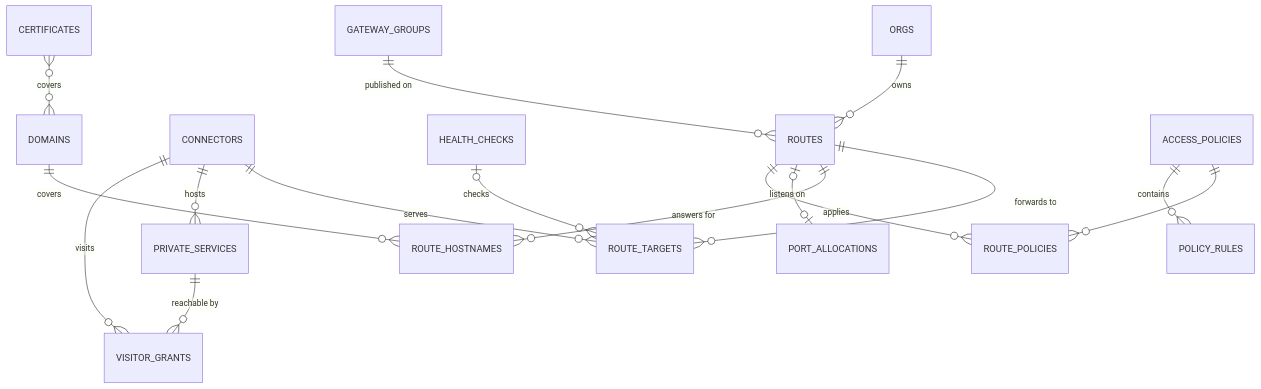
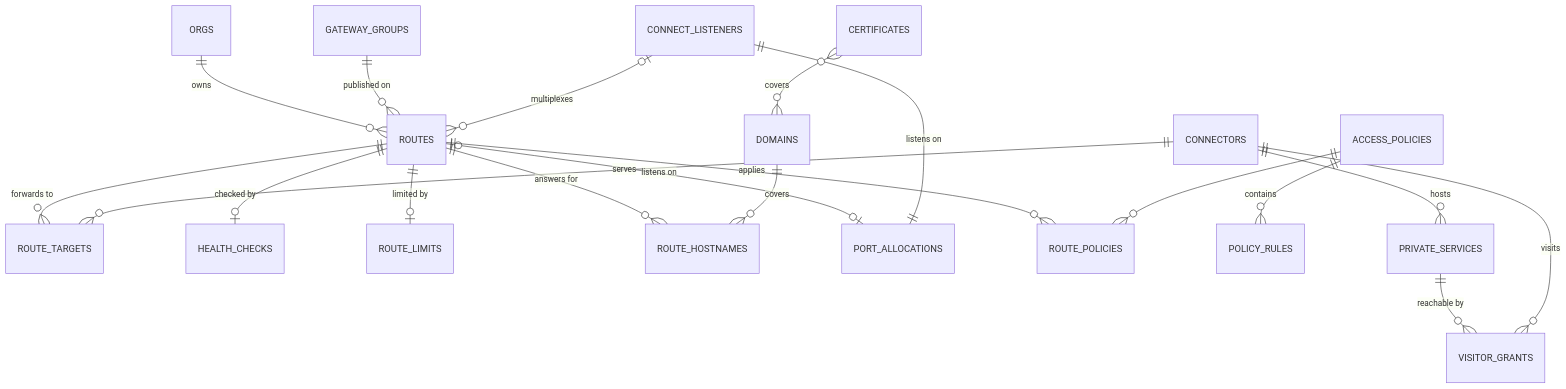
Before and after one commit to felix-homelab/rpmgr: the first of 3 diagrams in docs/06-data-model.md, drawn with Mermaid. The commit also changed other lines of this file and 10 other files, not shown here.

````diff
--- a/docs/06-data-model.md
+++ b/docs/06-data-model.md
@@ -106,18 +108,21 @@
 ```mermaid
 erDiagram
   ORGS ||--o{ ROUTES : owns
   GATEWAY_GROUPS ||--o{ ROUTES : "published on"
   ROUTES ||--o{ ROUTE_TARGETS : "forwards to"
   CONNECTORS ||--o{ ROUTE_TARGETS : serves
-  HEALTH_CHECKS |o--o{ ROUTE_TARGETS : checks
+  ROUTES ||--o| HEALTH_CHECKS : "checked by"
+  ROUTES ||--o| ROUTE_LIMITS : "limited by"
   ROUTES ||--o{ ROUTE_HOSTNAMES : "answers for"
   DOMAINS ||--o{ ROUTE_HOSTNAMES : "covers"
   ROUTES |o--o| PORT_ALLOCATIONS : "listens on"
+  CONNECT_LISTENERS |o--o{ ROUTES : "multiplexes"
+  CONNECT_LISTENERS ||--|| PORT_ALLOCATIONS : "listens on"
   ROUTES ||--o{ ROUTE_POLICIES : "applies"
   ACCESS_POLICIES ||--o{ ROUTE_POLICIES : ""
   ACCESS_POLICIES ||--o{ POLICY_RULES : contains
   CERTIFICATES }o--o{ DOMAINS : "covers"
   PRIVATE_SERVICES ||--o{ VISITOR_GRANTS : "reachable by"
   CONNECTORS ||--o{ PRIVATE_SERVICES : hosts
   CONNECTORS ||--o{ VISITOR_GRANTS : visits
 ```
````
